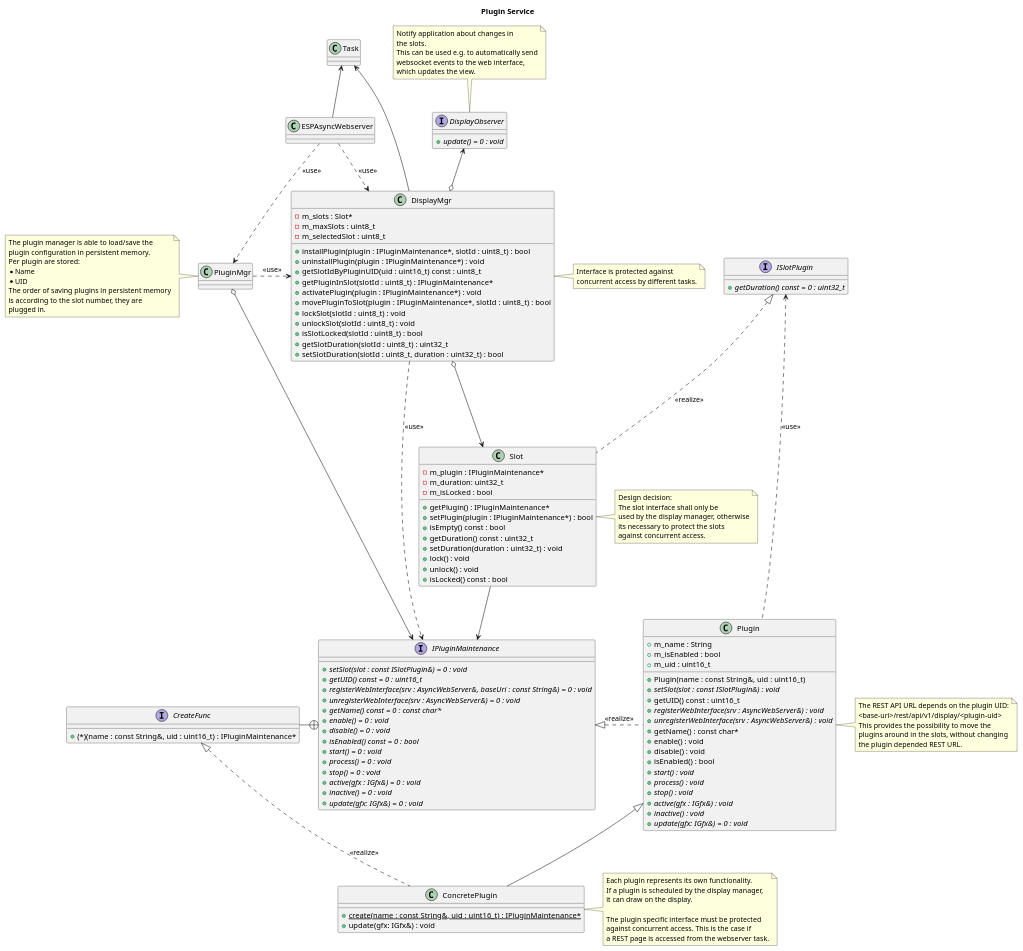
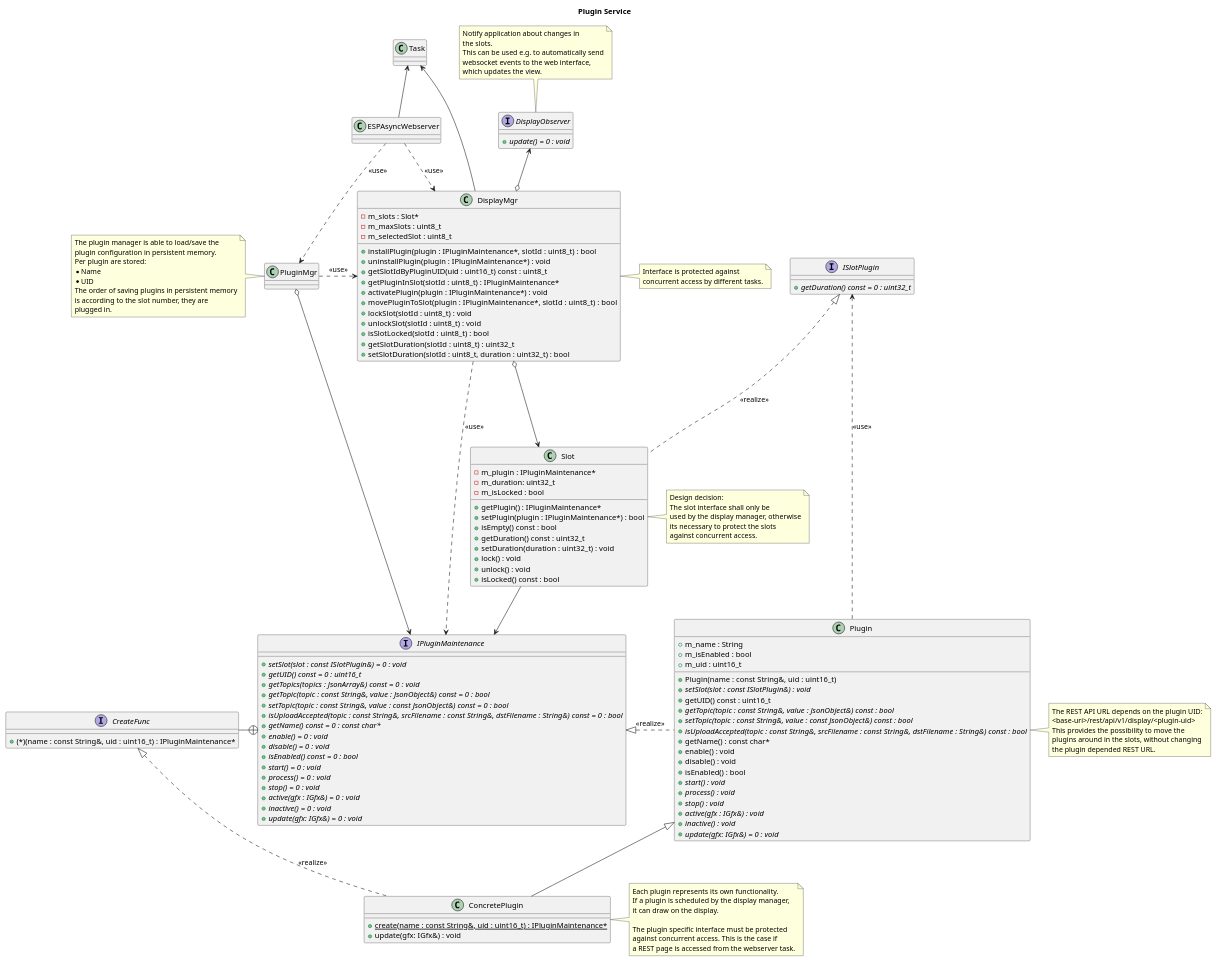
The diagram in doc/design/plugin-service.plantuml (BlueAndi/Pixelix), drawn with PlantUML before and after one commit.

Commit message:
Plugin webinterface updated in design.

```diff
--- a/doc/design/plugin-service.plantuml
+++ b/doc/design/plugin-service.plantuml
@@ -1,177 +1,180 @@
 @startuml
 
 title Plugin Service
 
 interface IPluginMaintenance {
 
     + {abstract} setSlot(slot : const ISlotPlugin&) = 0 : void
     + {abstract} getUID() const = 0 : uint16_t
-    + {abstract} registerWebInterface(srv : AsyncWebServer&, baseUri : const String&) = 0 : void
-    + {abstract} unregisterWebInterface(srv : AsyncWebServer&) = 0 : void
+    + {abstract} getTopics(topics : JsonArray&) const = 0 : void
+    + {abstract} getTopic(topic : const String&, value : JsonObject&) const = 0 : bool
+    + {abstract} setTopic(topic : const String&, value : const JsonObject&) const = 0 : bool
+    + {abstract} isUploadAccepted(topic : const String&, srcFilename : const String&, dstFilename : String&) const = 0 : bool
     + {abstract} getName() const = 0 : const char*
     + {abstract} enable() = 0 : void
     + {abstract} disable() = 0 : void
     + {abstract} isEnabled() const = 0 : bool
     + {abstract} start() = 0 : void
     + {abstract} process() = 0 : void
     + {abstract} stop() = 0 : void
     + {abstract} active(gfx : IGfx&) = 0 : void
     + {abstract} inactive() = 0 : void
     + {abstract} update(gfx: IGfx&) = 0 : void
 }
 
 interface CreateFunc {
     + (*)(name : const String&, uid : uint16_t) : IPluginMaintenance*
 }
 
 class Plugin {
 
     + m_name : String
     + m_isEnabled : bool
     + m_uid : uint16_t
 
     + Plugin(name : const String&, uid : uint16_t)
     + {abstract} setSlot(slot : const ISlotPlugin&) : void
     + getUID() const : uint16_t
-    + {abstract} registerWebInterface(srv : AsyncWebServer&) : void
-    + {abstract} unregisterWebInterface(srv : AsyncWebServer&) : void
+    + {abstract} getTopic(topic : const String&, value : JsonObject&) const : bool
+    + {abstract} setTopic(topic : const String&, value : const JsonObject&) const : bool
+    + {abstract} isUploadAccepted(topic : const String&, srcFilename : const String&, dstFilename : String&) const : bool
     + getName() : const char*
     + enable() : void
     + disable() : void
     + isEnabled() : bool
     + {abstract} start() : void
     + {abstract} process() : void
     + {abstract} stop() : void
     + {abstract} active(gfx : IGfx&) : void
     + {abstract} inactive() : void
     + {abstract} update(gfx: IGfx&) = 0 : void
 }
 
 note right of Plugin
     The REST API URL depends on the plugin UID:
     <base-uri>/rest/api/v1/display/<plugin-uid>
     This provides the possibility to move the
     plugins around in the slots, without changing
     the plugin depended REST URL.
 end note
 
 class ConcretePlugin {
     + {static} create(name : const String&, uid : uint16_t) : IPluginMaintenance*
     + update(gfx: IGfx&) : void
 }
 
 note right of ConcretePlugin
     Each plugin represents its own functionality.
     If a plugin is scheduled by the display manager,
     it can draw on the display.
 
     The plugin specific interface must be protected
     against concurrent access. This is the case if
     a REST page is accessed from the webserver task.
 end note
 
 interface ISlotPlugin {
 
     + {abstract} getDuration() const = 0 : uint32_t
 }
 
 class Slot {
     - m_plugin : IPluginMaintenance*
     - m_duration: uint32_t
     - m_isLocked : bool
     + getPlugin() : IPluginMaintenance*
     + setPlugin(plugin : IPluginMaintenance*) : bool
     + isEmpty() const : bool
     + getDuration() const : uint32_t
     + setDuration(duration : uint32_t) : void
     + lock() : void
     + unlock() : void
     + isLocked() const : bool
 }
 
 note right of Slot
     Design decision:
     The slot interface shall only be
     used by the display manager, otherwise
     its necessary to protect the slots
     against concurrent access.
 end note
 
 interface DisplayObserver {
     + {abstract} update() = 0 : void
 }
 
 note top of DisplayObserver
     Notify application about changes in
     the slots.
     This can be used e.g. to automatically send
     websocket events to the web interface,
     which updates the view.
 end note
 
 class DisplayMgr {
     - m_slots : Slot*
     - m_maxSlots : uint8_t
     - m_selectedSlot : uint8_t
     + installPlugin(plugin : IPluginMaintenance*, slotId : uint8_t) : bool
     + uninstallPlugin(plugin : IPluginMaintenance*) : void
     + getSlotIdByPluginUID(uid : uint16_t) const : uint8_t
     + getPluginInSlot(slotId : uint8_t) : IPluginMaintenance*
     + activatePlugin(plugin : IPluginMaintenance*) : void
     + movePluginToSlot(plugin : IPluginMaintenance*, slotId : uint8_t) : bool
     + lockSlot(slotId : uint8_t) : void
     + unlockSlot(slotId : uint8_t) : void
     + isSlotLocked(slotId : uint8_t) : bool
     + getSlotDuration(slotId : uint8_t) : uint32_t
     + setSlotDuration(slotId : uint8_t, duration : uint32_t) : bool
 }
 
 note right of DisplayMgr
     Interface is protected against
     concurrent access by different tasks.
 end note
 
 class Task
 
 class PluginMgr
 
 note left of PluginMgr
     The plugin manager is able to load/save the
     plugin configuration in persistent memory.
     Per plugin are stored:
     * Name
     * UID
     The order of saving plugins in persistent memory
     is according to the slot number, they are
     plugged in.
 end note
 
 class ESPAsyncWebserver
 
 CreateFunc -+ IPluginMaintenance
 
 IPluginMaintenance <|. Plugin: <<realize>>
 ISlotPlugin <.... Plugin: <<use>>
 
 Plugin <|-- ConcretePlugin
 CreateFunc <|.. ConcretePlugin: <<realize>>
 
 ISlotPlugin <|.. Slot: <<realize>>
 
 DisplayMgr ....> IPluginMaintenance: <<use>>
 DisplayMgr o---> Slot
 DisplayMgr o-u-> DisplayObserver
 
 Slot --> IPluginMaintenance
 
 Task <--- DisplayMgr
 
 PluginMgr o--> IPluginMaintenance
 PluginMgr .> DisplayMgr: <<use>>
 
 Task <-- ESPAsyncWebserver
 
 ESPAsyncWebserver ..> DisplayMgr: <<use>>
 ESPAsyncWebserver ..> PluginMgr: <<use>>
 
 @enduml
```
